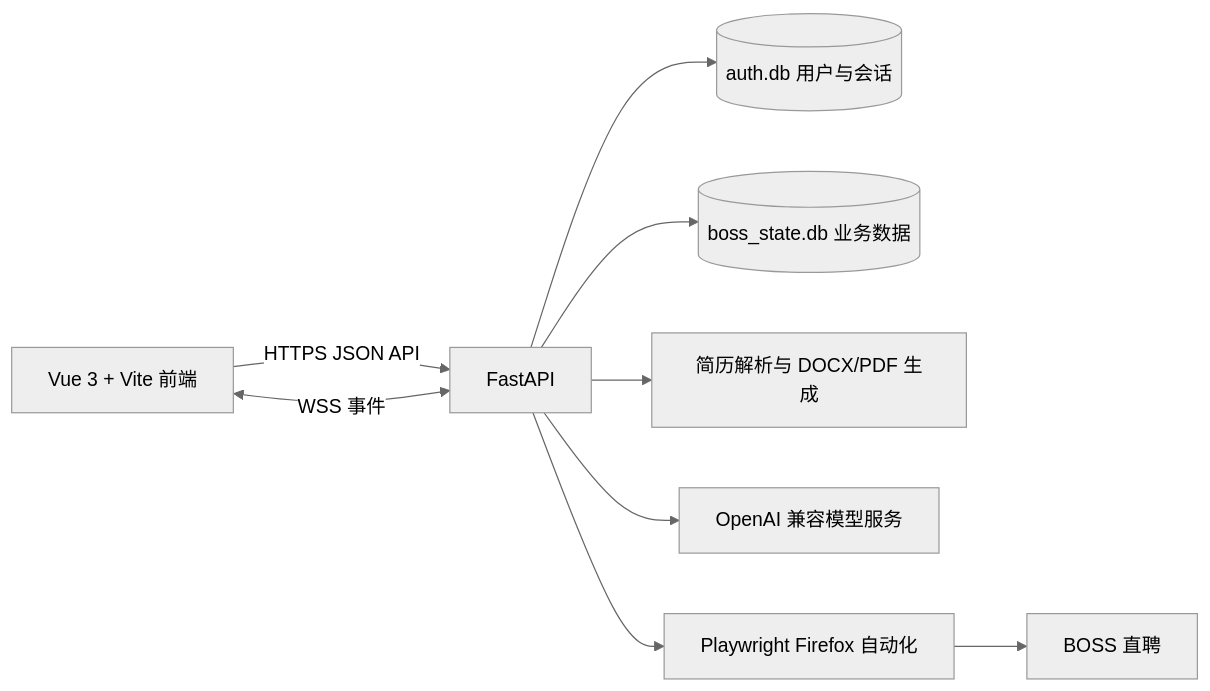
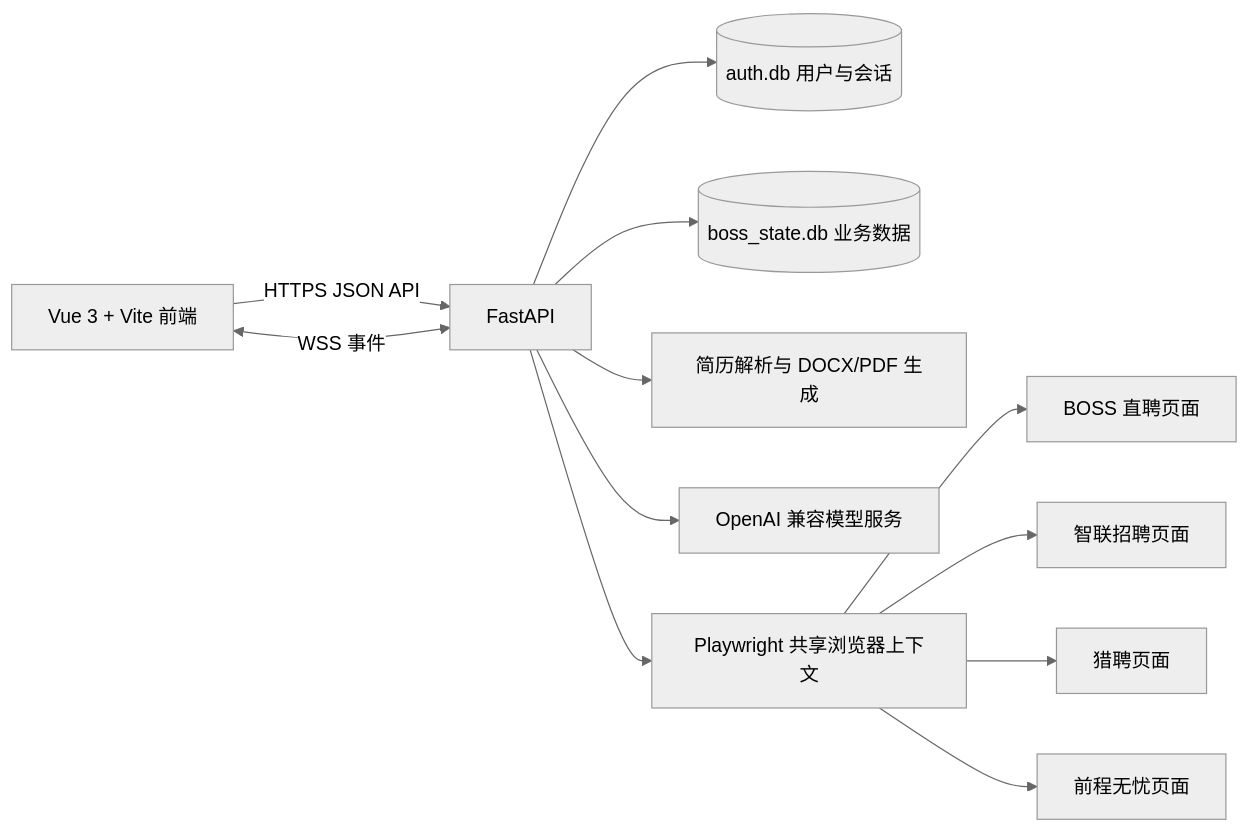
The diagram in README.md (golddog9598-cmyk/MyJob), drawn with Mermaid (neutral theme) before and after one commit. The commit also changed other lines of this file and 51 other files, not shown here.

````diff
--- a/README.md
+++ b/README.md
@@ -140,11 +143,14 @@
 ```mermaid
 flowchart LR
     UI[Vue 3 + Vite 前端] -->|HTTPS JSON API| API[FastAPI]
     UI <-->|WSS 事件| API
     API --> AUTH[(auth.db 用户与会话)]
     API --> DATA[(boss_state.db 业务数据)]
     API --> DOC[简历解析与 DOCX/PDF 生成]
     API --> AI[OpenAI 兼容模型服务]
-    API --> AUTO[Playwright Firefox 自动化]
-    AUTO --> BOSS[BOSS 直聘]
+    API --> AUTO[Playwright 共享浏览器上下文]
+    AUTO --> BOSS[BOSS 直聘页面]
+    AUTO --> ZL[智联招聘页面]
+    AUTO --> LP[猎聘页面]
+    AUTO --> J51[前程无忧页面]
 ```
````
